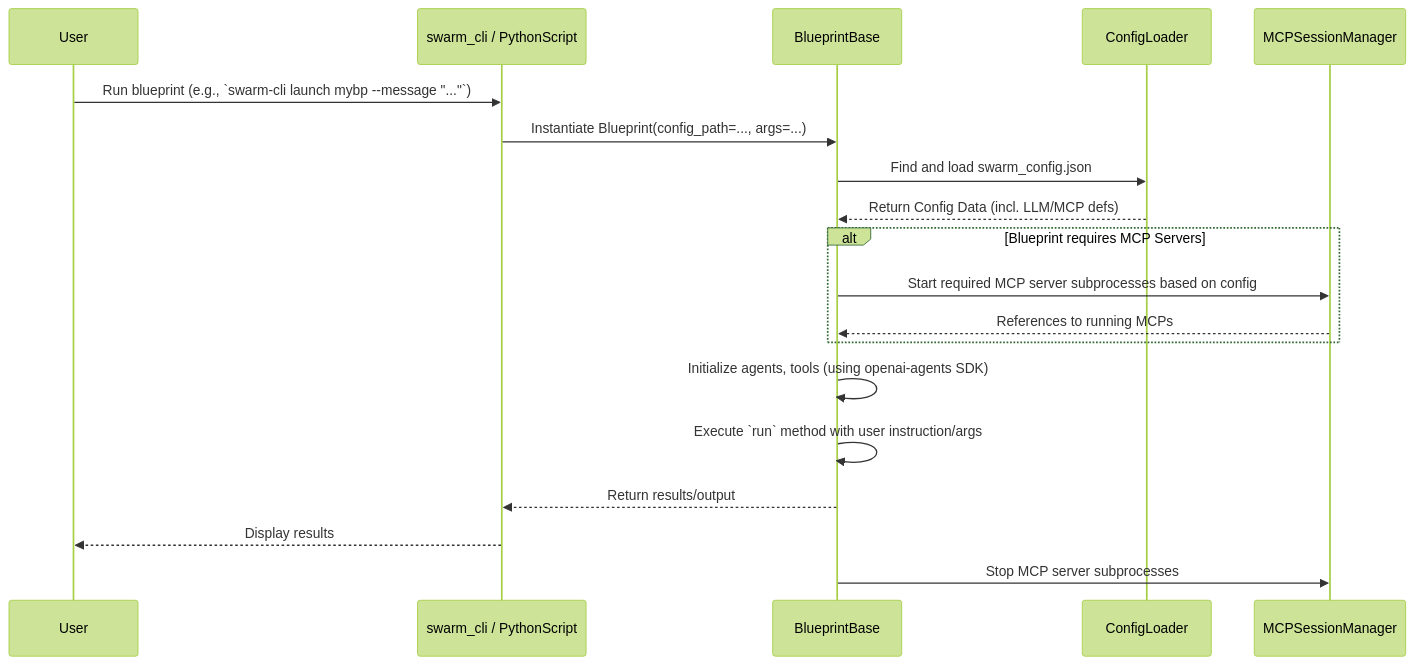
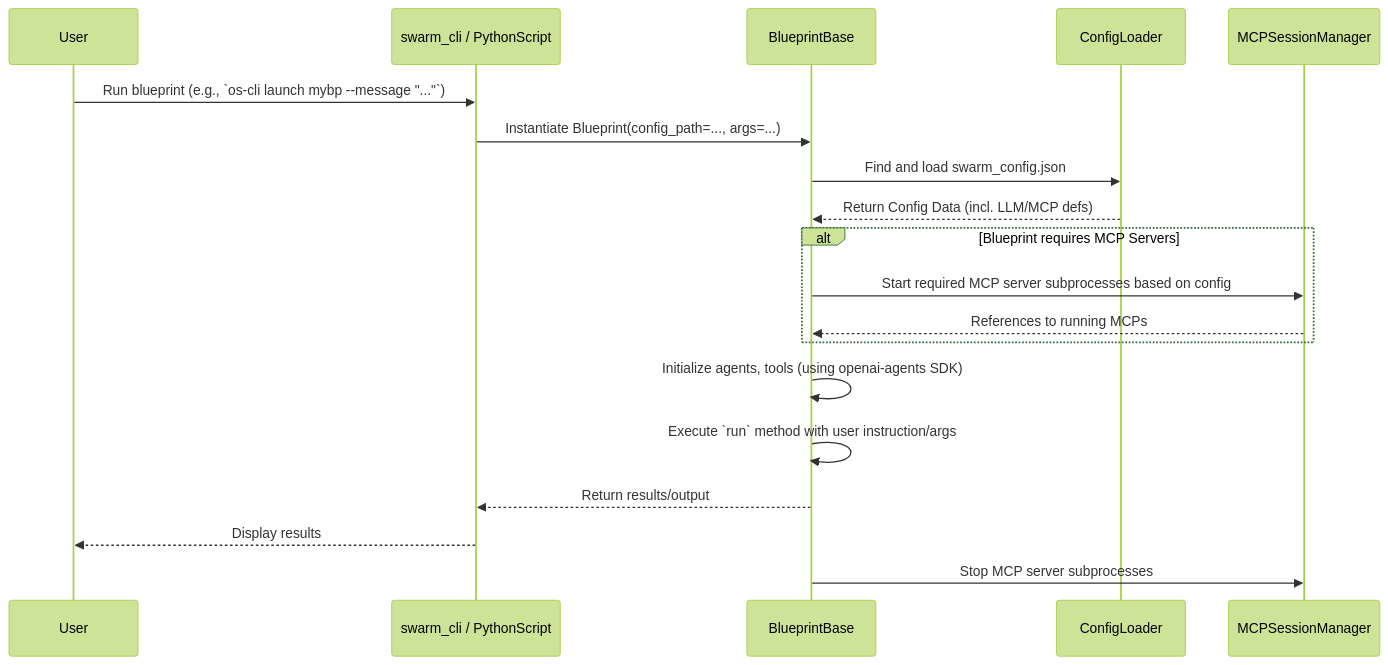
One commit to matthewhand/operating-swarm changed the first of 3 diagrams in DEVELOPMENT.md. Above: the diagram before and after it, drawn with Mermaid (forest theme). The commit also changed other lines of this file and 1517 other files, not shown here.

````diff
--- a/DEVELOPMENT.md
+++ b/DEVELOPMENT.md
@@ -238,22 +268,22 @@
 ```mermaid
 sequenceDiagram
     participant User
     participant swarm_cli / PythonScript
     participant BlueprintBase
     participant ConfigLoader
     participant MCPSessionManager
 
-    User->>swarm_cli / PythonScript: Run blueprint (e.g., `swarm-cli launch mybp --message "..."`)
+    User->>swarm_cli / PythonScript: Run blueprint (e.g., `os-cli launch mybp --message "..."`)
     swarm_cli / PythonScript->>BlueprintBase: Instantiate Blueprint(config_path=..., args=...)
     BlueprintBase->>ConfigLoader: Find and load swarm_config.json
     ConfigLoader-->>BlueprintBase: Return Config Data (incl. LLM/MCP defs)
     alt Blueprint requires MCP Servers
         BlueprintBase->>MCPSessionManager: Start required MCP server subprocesses based on config
         MCPSessionManager-->>BlueprintBase: References to running MCPs
     end
     BlueprintBase->>BlueprintBase: Initialize agents, tools (using openai-agents SDK)
     BlueprintBase->>BlueprintBase: Execute `run` method with user instruction/args
     BlueprintBase-->>swarm_cli / PythonScript: Return results/output
     swarm_cli / PythonScript-->>User: Display results
     BlueprintBase->>MCPSessionManager: Stop MCP server subprocesses
 ```
````
